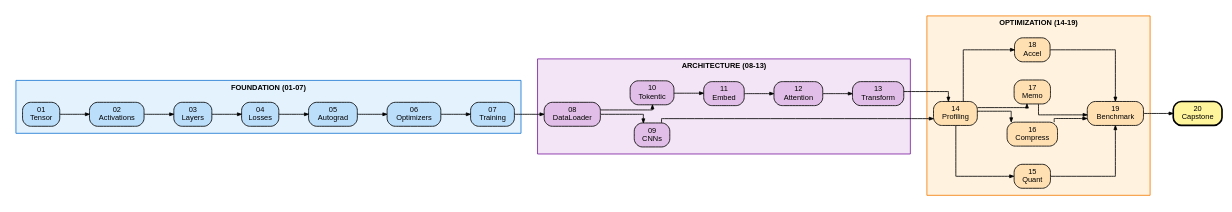
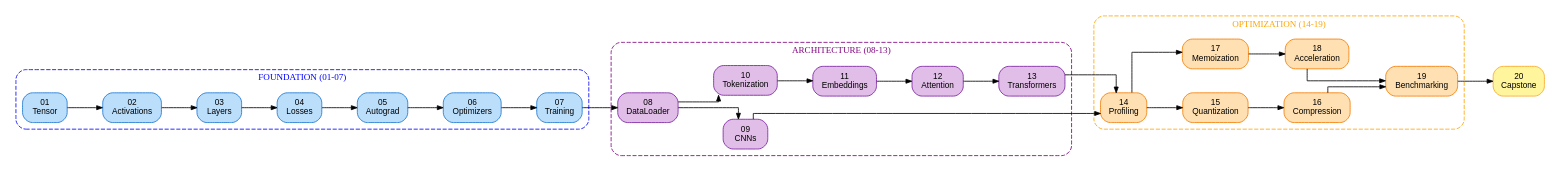
The diagram in tinytorch/paper/module_flow.dot (harvard-edge/cs249r_book), drawn with Graphviz before and after one commit. The commit also changed 8 other files, not shown here.

```diff
--- a/tinytorch/paper/module_flow.dot
+++ b/tinytorch/paper/module_flow.dot
@@ -1,83 +1,93 @@
-// TinyTorch Module Flow Diagram
-// Generate PDF: dot -Tpdf module_flow.dot -o module_flow.pdf
-// Generate PNG: dot -Tpng module_flow.dot -o module_flow.png
+// TinyTorch Module Dependency Graph
+// Render with: dot -Tpdf module_flow.dot -o module_flow.pdf
+// Or: dot -Tpng module_flow.dot -o module_flow.png
 
 digraph TinyTorch {
+    // Global settings
     rankdir=LR;
     splines=ortho;
-    nodesep=0.3;
-    ranksep=0.5;
-    node [shape=box, style="filled,rounded", fontname="Helvetica", fontsize=9, width=0.6, height=0.4];
-    edge [arrowsize=0.5];
+    nodesep=0.4;
+    ranksep=0.6;
+    node [shape=box, style="rounded,filled", fontsize=10, fontname="Helvetica"];
+    edge [arrowsize=0.7];
 
-    // Foundation Tier (blue)
+    // === FOUNDATION TIER (01-07) ===
     subgraph cluster_foundation {
         label="FOUNDATION (01-07)";
-        style=filled;
-        fillcolor="#e3f2fd";
-        color="#1976d2";
-        fontname="Helvetica-Bold";
-        fontsize=9;
+        labelloc=t;
+        style="dashed,rounded";
+        color=blue;
+        fontcolor=blue;
+        fontsize=11;
 
-        T [label="01\nTensor", fillcolor="#bbdefb"];
-        A [label="02\nActivations", fillcolor="#bbdefb"];
-        L [label="03\nLayers", fillcolor="#bbdefb"];
-        Loss [label="04\nLosses", fillcolor="#bbdefb"];
-        Auto [label="05\nAutograd", fillcolor="#bbdefb"];
-        Opt [label="06\nOptimizers", fillcolor="#bbdefb"];
-        Train [label="07\nTraining", fillcolor="#bbdefb"];
+        node [fillcolor="#bbdefb", color="#1976d2"];
+
+        T [label="01\nTensor"];
+        A [label="02\nActivations"];
+        L [label="03\nLayers"];
+        Loss [label="04\nLosses"];
+        Auto [label="05\nAutograd"];
+        Opt [label="06\nOptimizers"];
+        Train [label="07\nTraining"];
 
         T -> A -> L -> Loss -> Auto -> Opt -> Train;
     }
 
-    // Architecture Tier (purple)
+    // === ARCHITECTURE TIER (08-13) ===
     subgraph cluster_architecture {
         label="ARCHITECTURE (08-13)";
-        style=filled;
-        fillcolor="#f3e5f5";
-        color="#7b1fa2";
-        fontname="Helvetica-Bold";
-        fontsize=9;
+        labelloc=t;
+        style="dashed,rounded";
+        color=purple;
+        fontcolor=purple;
+        fontsize=11;
 
-        Data [label="08\nDataLoader", fillcolor="#e1bee7"];
-        Conv [label="09\nCNNs", fillcolor="#e1bee7"];
-        Tok [label="10\nTokentic", fillcolor="#e1bee7"];
-        Emb [label="11\nEmbed", fillcolor="#e1bee7"];
-        Att [label="12\nAttention", fillcolor="#e1bee7"];
-        Trans [label="13\nTransform", fillcolor="#e1bee7"];
+        node [fillcolor="#e1bee7", color="#7b1fa2"];
 
-        Data -> Conv;
+        Data [label="08\nDataLoader"];
+
+        // Vision path
+        Spatial [label="09\nCNNs"];
+
+        // Language path
+        Tok [label="10\nTokenization"];
+        Emb [label="11\nEmbeddings"];
+        Att [label="12\nAttention"];
+        Trans [label="13\nTransformers"];
+
+        Data -> Spatial;
         Data -> Tok -> Emb -> Att -> Trans;
     }
 
-    // Optimization Tier (orange)
+    // === OPTIMIZATION TIER (14-19) ===
     subgraph cluster_optimization {
         label="OPTIMIZATION (14-19)";
-        style=filled;
-        fillcolor="#fff3e0";
-        color="#f57c00";
-        fontname="Helvetica-Bold";
-        fontsize=9;
+        labelloc=t;
+        style="dashed,rounded";
+        color=orange;
+        fontcolor=orange;
+        fontsize=11;
 
-        Prof [label="14\nProfiling", fillcolor="#ffe0b2"];
-        Quant [label="15\nQuant", fillcolor="#ffe0b2"];
-        Comp [label="16\nCompress", fillcolor="#ffe0b2"];
-        Memo [label="17\nMemo", fillcolor="#ffe0b2"];
-        Accel [label="18\nAccel", fillcolor="#ffe0b2"];
-        Bench [label="19\nBenchmark", fillcolor="#ffe0b2"];
+        node [fillcolor="#ffe0b2", color="#f57c00"];
 
-        Prof -> Quant -> Bench;
-        Prof -> Comp -> Bench;
-        Prof -> Memo -> Bench;
-        Prof -> Accel -> Bench;
+        Prof [label="14\nProfiling"];
+        Quant [label="15\nQuantization"];
+        Comp [label="16\nCompression"];
+        Memo [label="17\nMemoization"];
+        Accel [label="18\nAcceleration"];
+        Bench [label="19\nBenchmarking"];
+
+        Prof -> Quant -> Comp -> Bench;
+        Prof -> Memo -> Accel -> Bench;
     }
 
-    // Capstone (gold)
-    Cap [label="20\nCapstone", fillcolor="#fff59d", style="filled,rounded,bold"];
+    // === CAPSTONE (20) ===
+    Cap [label="20\nCapstone", fillcolor="#fff59d", color="#f9a825"];
 
-    // Inter-tier connections
+    // === CROSS-TIER CONNECTIONS ===
     Train -> Data;
-    Conv -> Prof;
+    Spatial -> Prof;
     Trans -> Prof;
     Bench -> Cap;
+
 }
```
